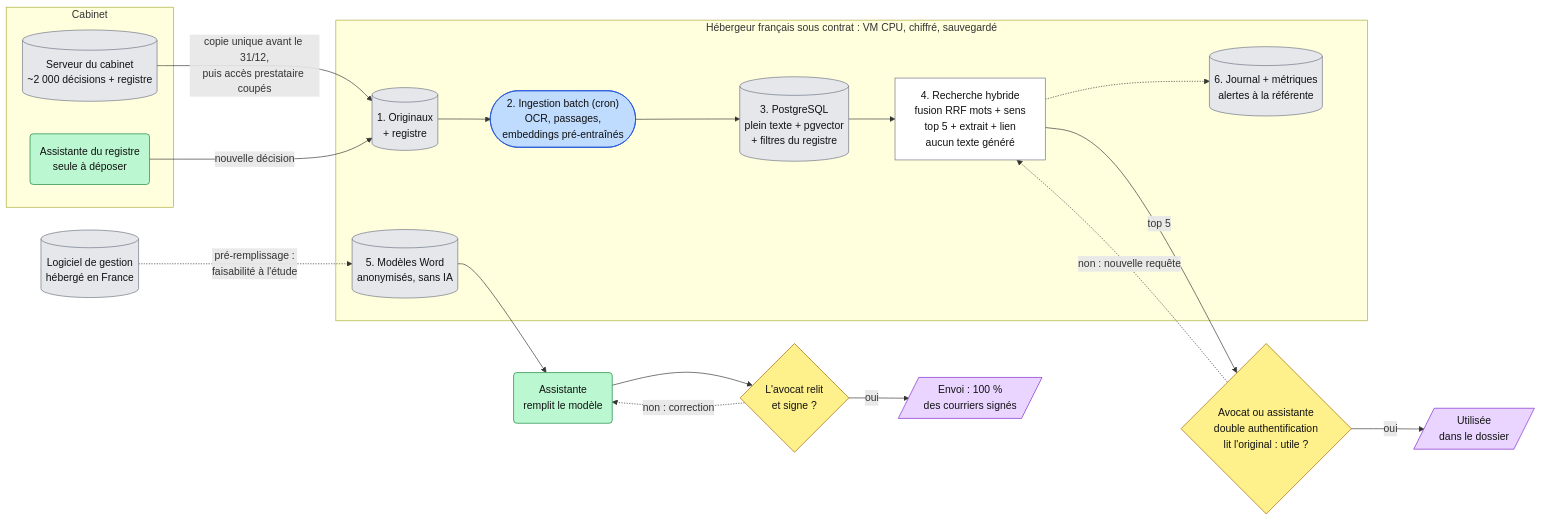
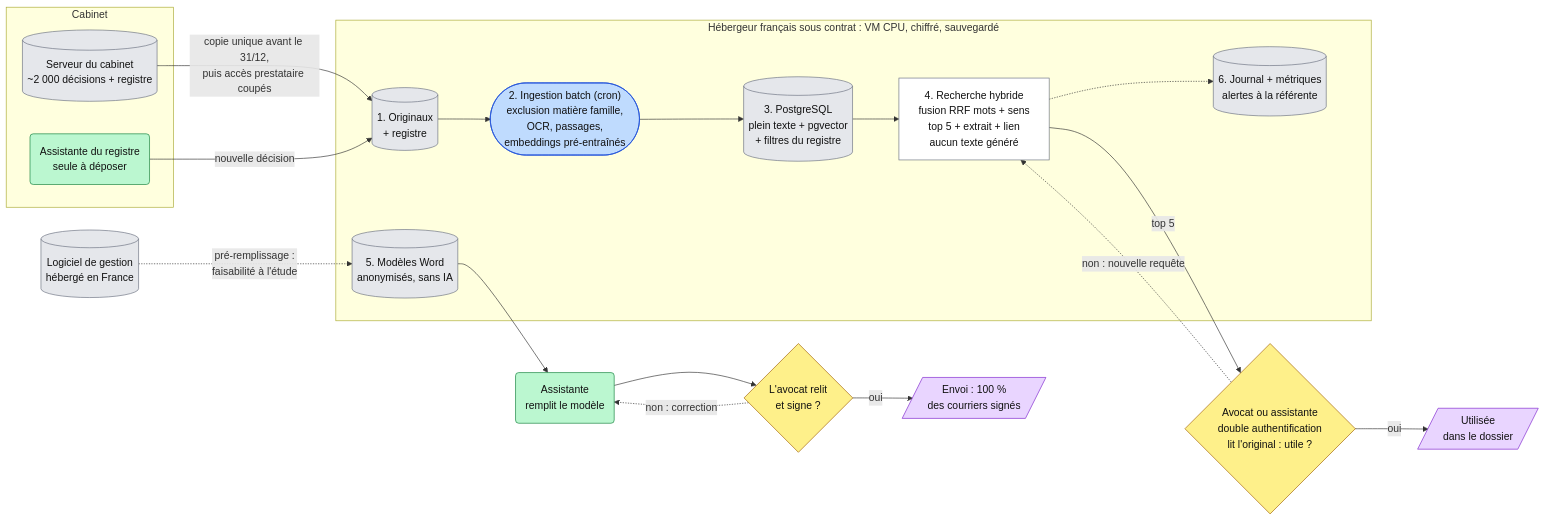
The diagram in dossier_conception_TEMPLATE.md (3ti3nne/m8-b2-frank-nawelle-etienne), drawn with Mermaid before and after one commit. The commit also changed other lines of this file, not shown here.

Commit message:
feat: conformité et sécurité (§6) + exclusion du droit de la famille dans l'ingestion

````diff
--- a/dossier_conception_TEMPLATE.md
+++ b/dossier_conception_TEMPLATE.md
@@ -42,49 +42,49 @@
 ```mermaid
 flowchart LR
     subgraph SRC["Cabinet"]
         SRV[("Serveur du cabinet<br/>~2 000 décisions + registre")]
         ASS("Assistante du registre<br/>seule à déposer")
     end
     LGC[("Logiciel de gestion<br/>hébergé en France")]
 
     subgraph HEB["Hébergeur français sous contrat : VM CPU, chiffré, sauvegardé"]
         ORI[("1. Originaux<br/>+ registre")]
-        ING(["2. Ingestion batch (cron)<br/>OCR, passages,<br/>embeddings pré-entraînés"])
+        ING(["2. Ingestion batch (cron)<br/>exclusion matière famille,<br/>OCR, passages,<br/>embeddings pré-entraînés"])
         BDD[("3. PostgreSQL<br/>plein texte + pgvector<br/>+ filtres du registre")]
         RECH["4. Recherche hybride<br/>fusion RRF mots + sens<br/>top 5 + extrait + lien<br/>aucun texte généré"]
         LOG[("6. Journal + métriques<br/>alertes à la référente")]
         MOD[("5. Modèles Word<br/>anonymisés, sans IA")]
     end
 
     LECT{"Avocat ou assistante<br/>double authentification<br/>lit l'original : utile ?"}
     USE[/"Utilisée<br/>dans le dossier"/]
     COUR("Assistante<br/>remplit le modèle")
     SIG{"L'avocat relit<br/>et signe ?"}
     ENV[/"Envoi : 100 %<br/>des courriers signés"/]
 
     SRV -->|"copie unique avant le 31/12,<br/>puis accès prestataire coupés"| ORI
     ASS -->|"nouvelle décision"| ORI
     ORI --> ING --> BDD --> RECH
     RECH -->|"top 5"| LECT
     LECT -.->|"non : nouvelle requête"| RECH
     LECT -->|oui| USE
     RECH -.-> LOG
 
     LGC -.->|"pré-remplissage :<br/>faisabilité à l'étude"| MOD
     MOD --> COUR --> SIG
     SIG -.->|"non : correction"| COUR
     SIG -->|oui| ENV
 
     classDef data fill:#e5e7eb,stroke:#6b7280,color:#111
     classDef code fill:#ffffff,stroke:#6b7280,color:#111
     classDef ml fill:#bfdbfe,stroke:#1d4ed8,color:#111
     classDef dec fill:#fef08a,stroke:#a16207,color:#111
     classDef hum fill:#bbf7d0,stroke:#15803d,color:#111
     classDef out fill:#e9d5ff,stroke:#7e22ce,color:#111
     class SRV,LGC,ORI,BDD,LOG,MOD data
     class RECH code
     class ING ml
     class LECT,SIG dec
     class ASS,COUR hum
     class USE,ENV out
 ```
````
